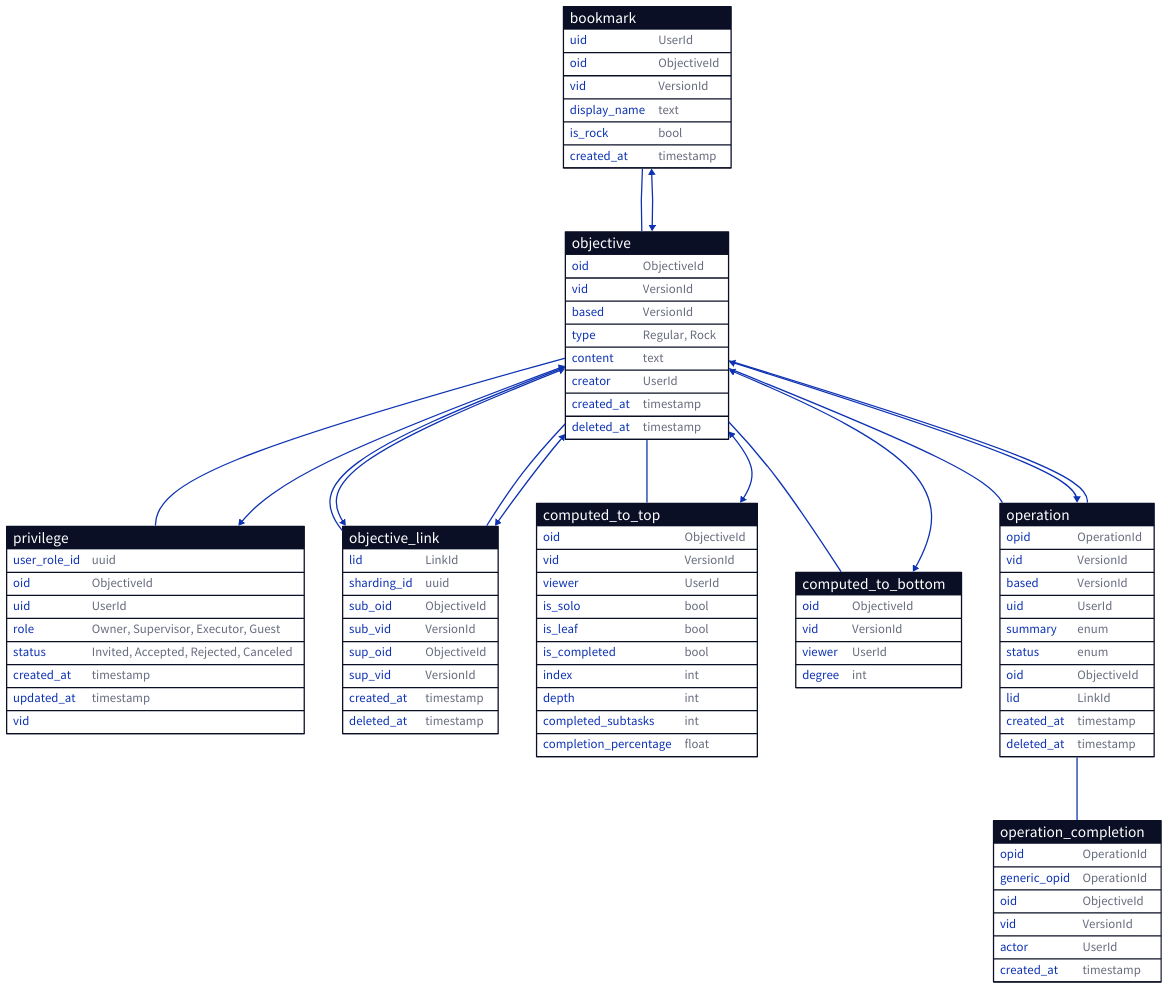
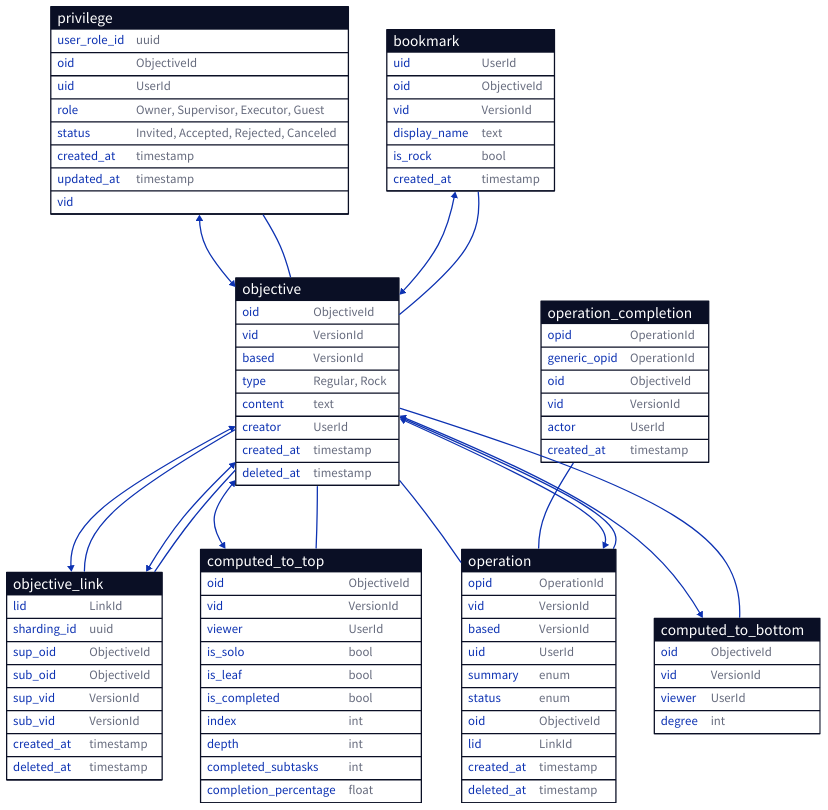
The diagram in docs/database/simplified.d2 (ufukty/logbook), drawn with D2 before and after one commit. The commit also changed 1 other file, not shown here.

```diff
--- a/docs/database/simplified.d2
+++ b/docs/database/simplified.d2
@@ -1,139 +1,139 @@
 bookmark: {
   shape: sql_table
 
   uid: UserId
   oid: ObjectiveId
   vid: VersionId
   display_name: text
   is_rock: bool # rocks are hidden in the UI
   created_at: timestamp
 }
 
 privilege: {
   shape: sql_table
 
   user_role_id: uuid
   oid: ObjectiveId
   uid: UserId
   role: "Owner, Supervisor, Executor, Guest"
   status: "Invited, Accepted, Rejected, Canceled"
   created_at: timestamp
   updated_at: timestamp
 }
 
 objective: {
   shape: sql_table
 
   oid: ObjectiveId
   vid: VersionId
   based: VersionId
   type: "Regular, Rock"
   content: text
   creator: UserId
   created_at: timestamp
   deleted_at: timestamp
 }
 
 # recalculate every link on a tree when new viewer come" ?
 objective_link: {
   shape: sql_table
 
   lid: LinkId
 
   # "Inherit: super obj, randomize otherwise" 
   sharding_id: uuid
 
+  sup_oid: ObjectiveId
   sub_oid: ObjectiveId
+  sup_vid: VersionId
   sub_vid: VersionId
-  sup_oid: ObjectiveId
-  sup_vid: VersionId
 
   created_at: timestamp
   deleted_at: timestamp
 }
 
 computed_to_top: {
   shape: sql_table
 
   oid: ObjectiveId
   vid: VersionId
   viewer: UserId
 
   is_solo: bool
   is_leaf: bool
   is_completed: bool
 
   # "inherited: from inviter on task creation." 
   index: int
   depth: int
   # "changes: for each user. divide with degree to find completion_percentage" 
   completed_subtasks: int
   # "changes: for each user. not the same with objective.is_completed" 
   completion_percentage: float
 }
 
 computed_to_bottom: {
   shape: sql_table
 
   oid: ObjectiveId
   vid: VersionId
   viewer: UserId
 
   degree: int
 }
 
 operation: {
   shape: sql_table
 
   opid: OperationId
   vid: VersionId
   based: VersionId
 
   uid: UserId
   summary: enum
   status: enum
 
   oid: ObjectiveId
   lid: LinkId
 
   created_at: timestamp
   deleted_at: timestamp
 }
 
 operation_completion: {
   shape: sql_table
 
   opid: OperationId
   generic_opid: OperationId
   oid: ObjectiveId
   vid: VersionId
   actor: UserId
   created_at: timestamp
 }
 
 # a bookmark points to a root node of a work tree
 bookmark.oid -- objective.oid
 bookmark.vid <-> objective.vid
 
 # Any task with custom privilege hand.can have owner/viewers/executors
-objective.oid -- privilege.oid
-objective.vid <-> privilege.vid
+privilege.oid -- objective.oid
+privilege.vid <-> objective.vid
 
 objective.oid -- objective_link.sup_oid
 objective.vid <-> objective_link.sup_vid
 
 objective.oid -- objective_link.sub_oid
 objective.vid <-> objective_link.sub_vid
 
 objective.oid -- operation.oid
 objective.vid <-> operation.vid
 
 objective.oid -- computed_to_top.oid
 objective.vid <-> computed_to_top.vid
 
 objective.oid -- computed_to_bottom.oid
 objective.vid <-> computed_to_bottom.vid
 
-operation.opid -- operation_completion.opid
+operation_completion.opid -- operation.opid 
 
 objective.oid -- operation.oid
```
